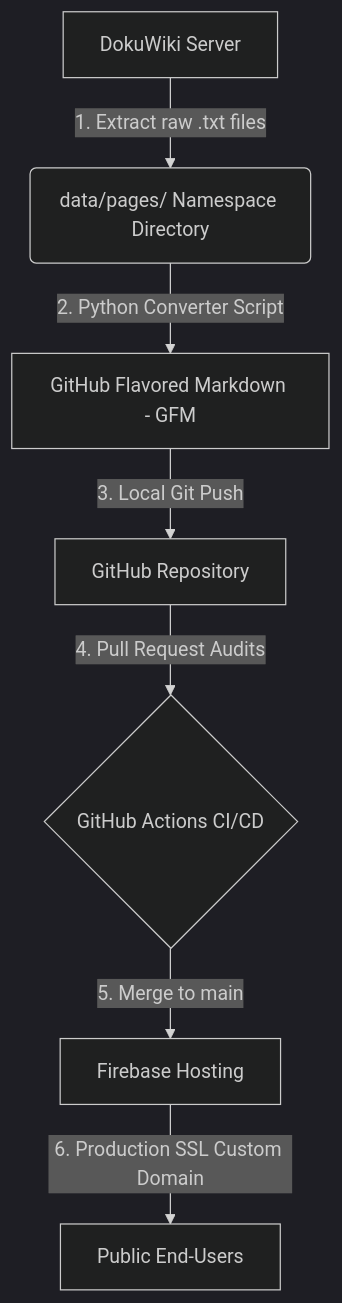
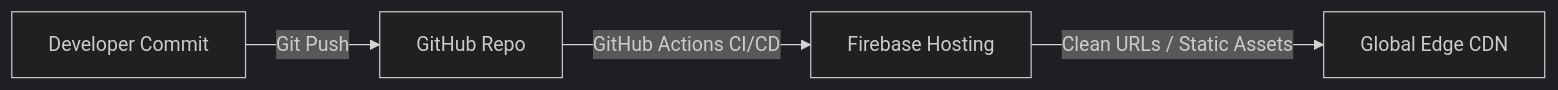
One commit to rahulbhargavain/openami-smart-village changed the diagram in README.md. Above: the diagram before and after it, drawn with Mermaid (dark theme). The commit also changed other lines of this file, not shown here.

````diff
--- a/README.md
+++ b/README.md
@@ -14,9 +146,6 @@
 ```mermaid
-graph TD
-  A[DokuWiki Server] -->|1. Extract raw .txt files| B(data/pages/ Namespace Directory)
-  B -->|2. Python Converter Script| C[GitHub Flavored Markdown - GFM]
-  C -->|3. Local Git Push| D[GitHub Repository]
-  D -->|4. Pull Request Audits| E{GitHub Actions CI/CD}
-  E -->|5. Merge to main| F[Firebase Hosting]
-  F -->|6. Production SSL Custom Domain| G[Public End-Users]
+graph LR
+  A[Developer Commit] -->|Git Push| B[GitHub Repo]
+  B -->|GitHub Actions CI/CD| C[Firebase Hosting]
+  C -->|Clean URLs / Static Assets| D[Global Edge CDN]
 ```
````
